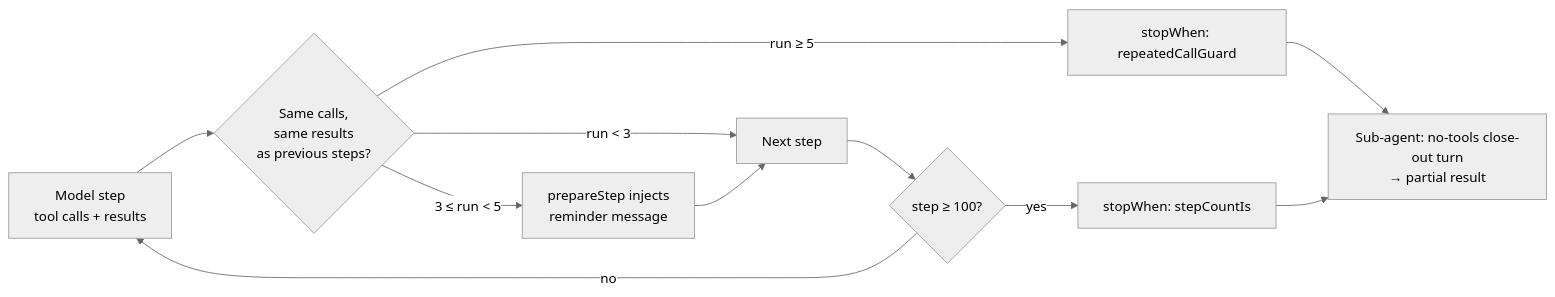
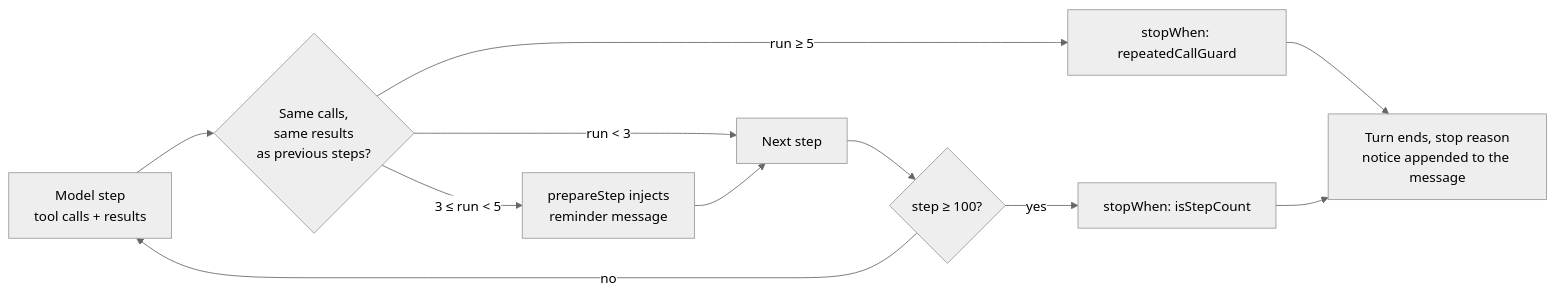
The diagram in docs/architecture/loop-guards.md (data-fair/agents), drawn with Mermaid (neutral theme) before and after one commit. The commit also changed other lines of this file and 696 other files, not shown here.

````diff
--- a/docs/architecture/loop-guards.md
+++ b/docs/architecture/loop-guards.md
@@ -10,12 +10,12 @@
 ```mermaid
 flowchart LR
   Step[Model step<br/>tool calls + results] --> Repeat{Same calls,<br/>same results<br/>as previous steps?}
   Repeat -->|"run &lt; 3"| Next[Next step]
-  Repeat -->|"3 ≤ run &lt; 5"| Nudge[prepareStep injects<br/>reminder message] --> Next
+  Repeat -->|"3 ≤ run &lt; 5"| Nudge["prepareStep injects<br/>reminder message"] --> Next
   Repeat -->|"run ≥ 5"| Stop[stopWhen: repeatedCallGuard]
   Next --> Count{step ≥ 100?}
   Count -->|no| Step
-  Count -->|yes| Stop2[stopWhen: stepCountIs]
-  Stop --> Closeout[Sub-agent: no-tools close-out turn<br/>→ partial result]
-  Stop2 --> Closeout
+  Count -->|yes| Stop2[stopWhen: isStepCount]
+  Stop --> Notice[Turn ends, stop reason<br/>notice appended to the message]
+  Stop2 --> Notice
 ```
````
